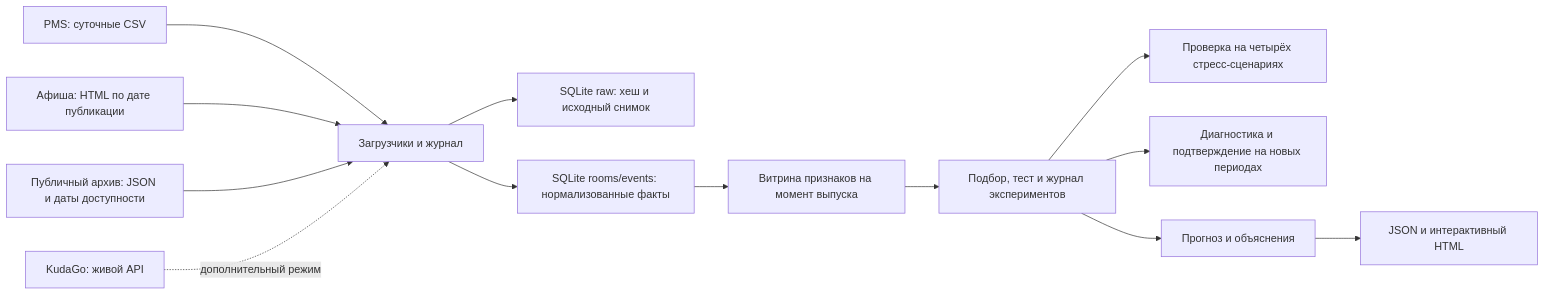
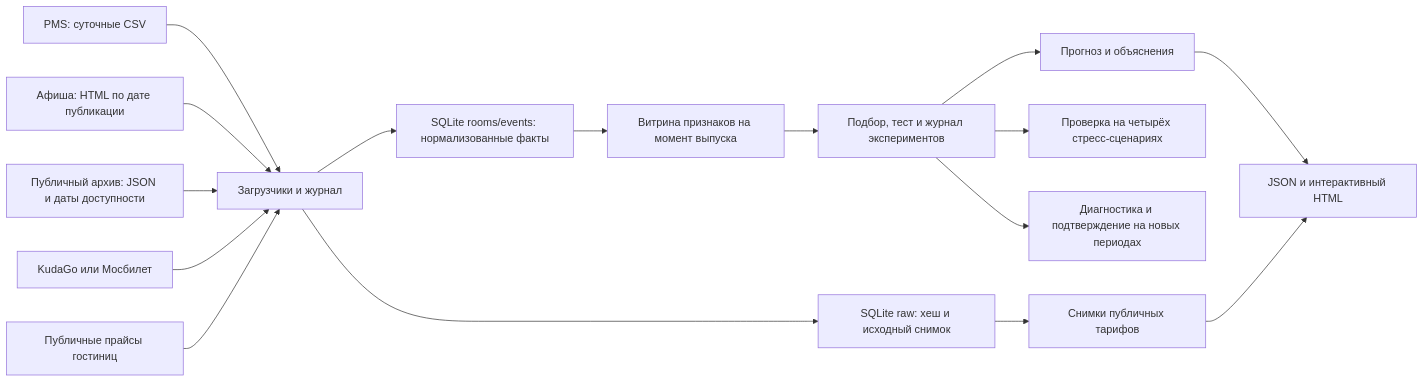
One commit to ReliqU/HotelForecast changed the diagram in README.md. Above: the diagram before and after it, drawn with Mermaid. The commit also changed other lines of this file and 25 other files, not shown here.

````diff
--- a/README.md
+++ b/README.md
@@ -59,15 +55,18 @@
 ```mermaid
 flowchart LR
     A["PMS: суточные CSV"] --> D["Загрузчики и журнал"]
     B["Афиша: HTML по дате публикации"] --> D
     C["Публичный архив: JSON и даты доступности"] --> D
-    P["KudaGo: живой API"] -. "дополнительный режим" .-> D
+    P["KudaGo или Мосбилет"] --> D
+    R["Публичные прайсы гостиниц"] --> D
     D --> E["SQLite raw: хеш и исходный снимок"]
     D --> F["SQLite rooms/events: нормализованные факты"]
     F --> G["Витрина признаков на момент выпуска"]
+    E --> K["Снимки публичных тарифов"]
     G --> H["Подбор, тест и журнал экспериментов"]
     H --> S["Проверка на четырёх стресс-сценариях"]
     H --> A2["Диагностика и подтверждение на новых периодах"]
     H --> I["Прогноз и объяснения"]
     I --> J["JSON и интерактивный HTML"]
+    K --> J
 ```
````
